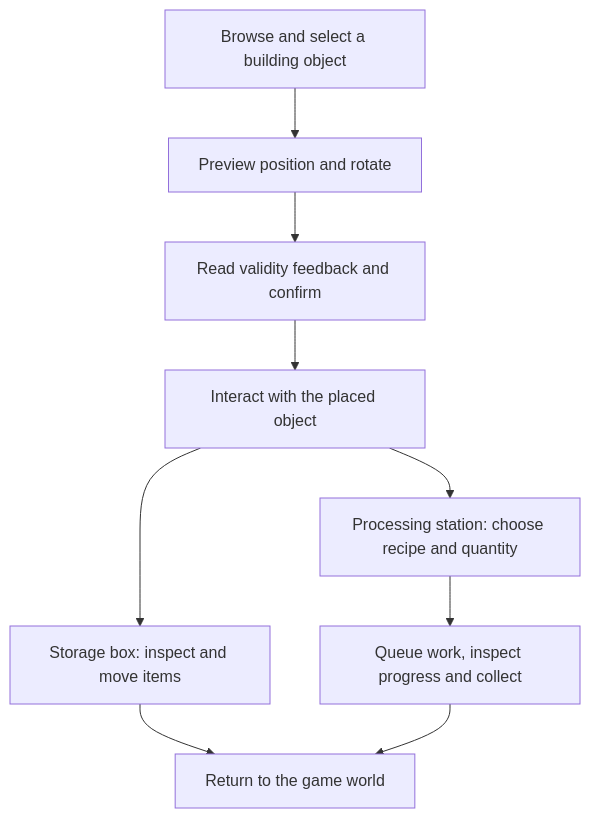
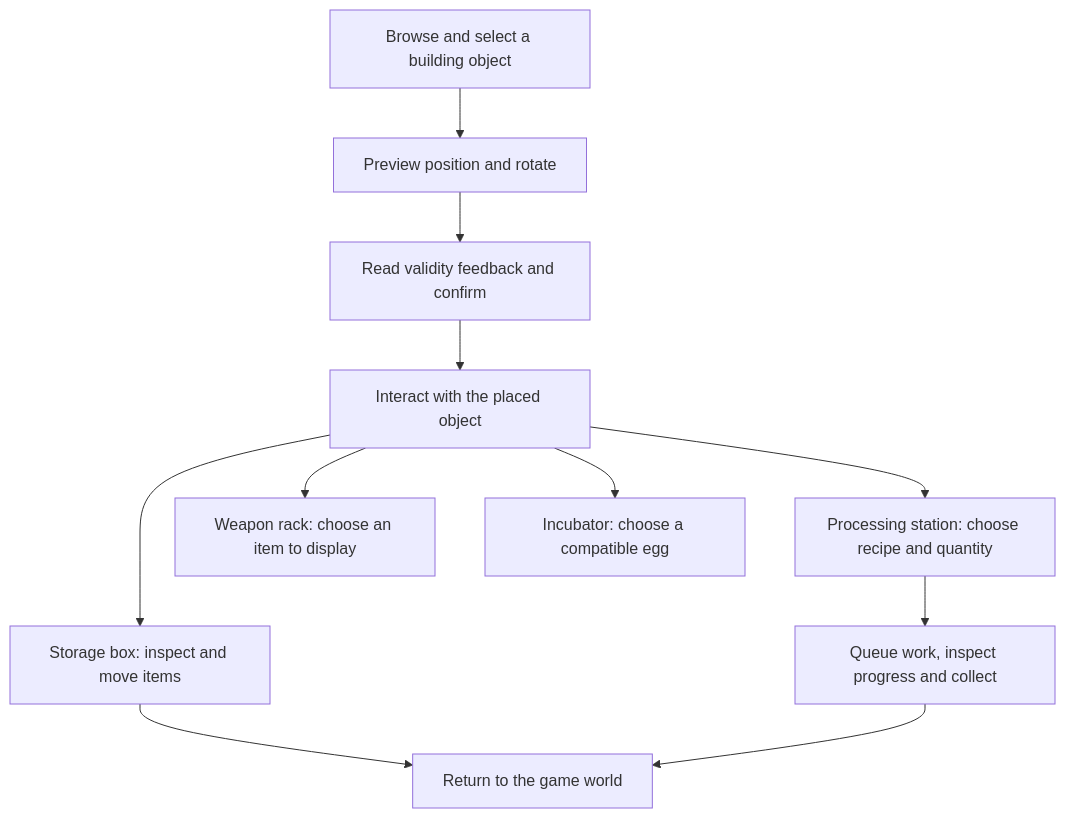
The diagram in README.md (seak123/building-ui-portfolio), drawn with Mermaid before and after one commit. The commit also changed other lines of this file and 20 other files, not shown here.

Commit message:
Add shared weapon-rack and incubator interaction case

````diff
--- a/README.md
+++ b/README.md
@@ -13,11 +13,13 @@
 ```mermaid
 flowchart TB
     A[Browse and select a building object] --> B[Preview position and rotate]
     B --> C[Read validity feedback and confirm]
     C --> D[Interact with the placed object]
     D --> E[Processing station: choose recipe and quantity]
     E --> F[Queue work, inspect progress and collect]
     D --> G[Storage box: inspect and move items]
+    D --> I[Weapon rack: choose an item to display]
+    D --> J[Incubator: choose a compatible egg]
     G --> H[Return to the game world]
     F --> H
 ```
````
